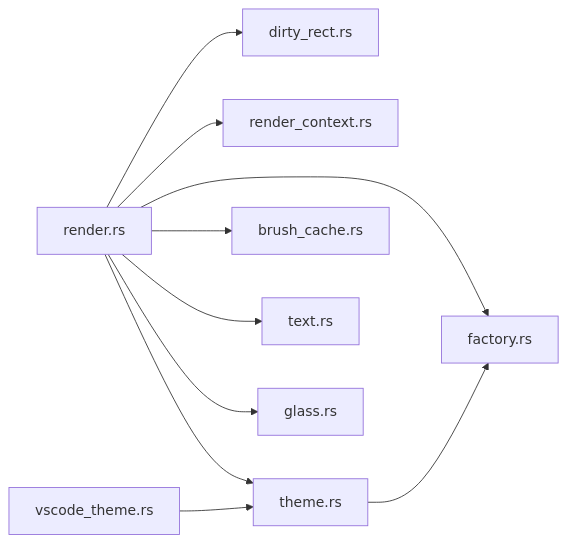
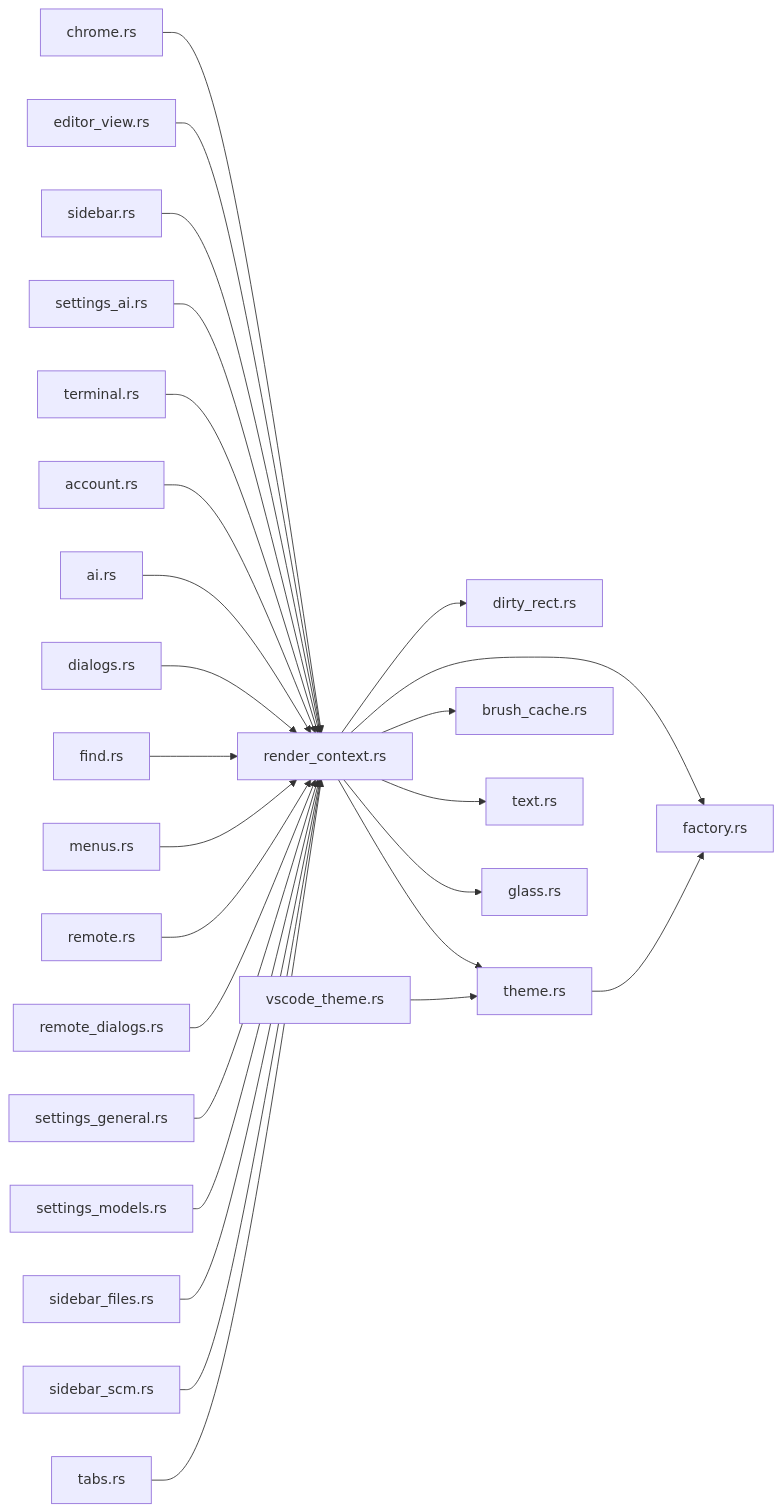
One commit to songdiyang/AetherStudio changed the eighth of 8 diagrams in .qoder/repowiki/zh/content/架构设计/渲染引擎架构/渲染引擎架构.md. Above: the diagram before and after it, drawn with Mermaid. The commit also changed other lines of this file and 25 other files, not shown here.

````diff
--- a/.qoder/repowiki/zh/content/架构设计/渲染引擎架构/渲染引擎架构.md
+++ b/.qoder/repowiki/zh/content/架构设计/渲染引擎架构/渲染引擎架构.md
@@ -371,12 +490,28 @@
 ```mermaid
 graph LR
-RENDER["render.rs"] --> DIRTY["dirty_rect.rs"]
-RENDER --> CTX["render_context.rs"]
-RENDER --> THEME["theme.rs"]
-RENDER --> BRUSH["brush_cache.rs"]
-RENDER --> FACTORY["factory.rs"]
-RENDER --> TEXT["text.rs"]
-RENDER --> GLASS["glass.rs"]
+RENDER_CTX["render_context.rs"] --> DIRTY["dirty_rect.rs"]
+CHROME["chrome.rs"] --> RENDER_CTX
+EDITOR["editor_view.rs"] --> RENDER_CTX
+SIDEBAR["sidebar.rs"] --> RENDER_CTX
+SETTINGS_AI["settings_ai.rs"] --> RENDER_CTX
+TERMINAL["terminal.rs"] --> RENDER_CTX
+ACCOUNT["account.rs"] --> RENDER_CTX
+AI["ai.rs"] --> RENDER_CTX
+DIALOGS["dialogs.rs"] --> RENDER_CTX
+FIND["find.rs"] --> RENDER_CTX
+MENUS["menus.rs"] --> RENDER_CTX
+REMOTE["remote.rs"] --> RENDER_CTX
+REMOTE_DLG["remote_dialogs.rs"] --> RENDER_CTX
+SETTINGS_GEN["settings_general.rs"] --> RENDER_CTX
+SETTINGS_MODELS["settings_models.rs"] --> RENDER_CTX
+SIDEBAR_FILES["sidebar_files.rs"] --> RENDER_CTX
+SIDEBAR_SCM["sidebar_scm.rs"] --> RENDER_CTX
+TABS["tabs.rs"] --> RENDER_CTX
+RENDER_CTX --> THEME["theme.rs"]
+RENDER_CTX --> BRUSH["brush_cache.rs"]
+RENDER_CTX --> FACTORY["factory.rs"]
+RENDER_CTX --> TEXT["text.rs"]
+RENDER_CTX --> GLASS["glass.rs"]
 THEME --> FACTORY
 VSCODE["vscode_theme.rs"] --> THEME
 ```
````
